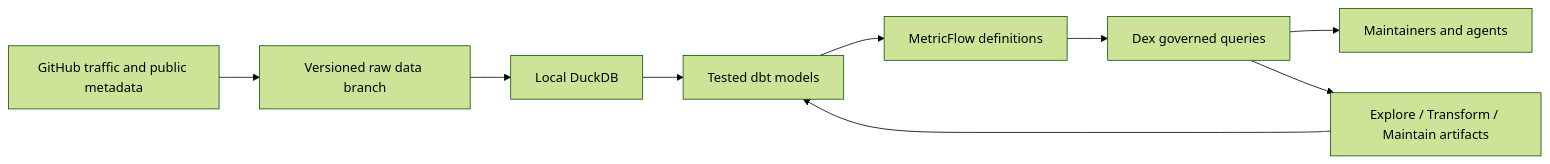
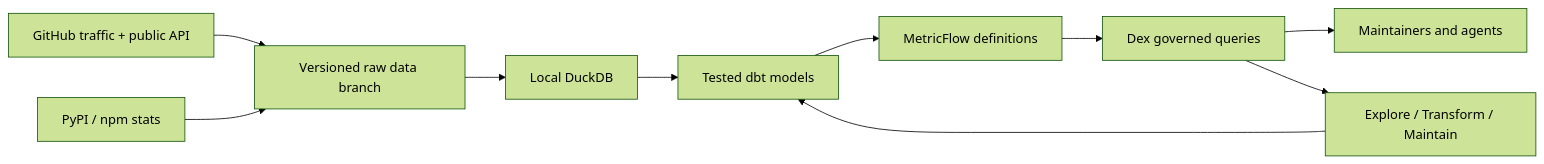
One commit to exmergo/github-repo-analytics changed the diagram in README.md. Above: the diagram before and after it, drawn with Mermaid (forest theme). The commit also changed other lines of this file and 9 other files, not shown here.

````diff
--- a/README.md
+++ b/README.md
@@ -55,11 +79,12 @@
 ```mermaid
 flowchart LR
-  GitHub[GitHub traffic and public metadata] --> Raw[Versioned raw data branch]
+  GitHub[GitHub traffic + public API] --> Raw[Versioned raw data branch]
+  Registries[PyPI / npm stats] --> Raw
   Raw --> DuckDB[Local DuckDB]
   DuckDB --> dbt[Tested dbt models]
   dbt --> MF[MetricFlow definitions]
   MF --> Dex[Dex governed queries]
   Dex --> Answers[Maintainers and agents]
-  Dex --> ETM[Explore / Transform / Maintain artifacts]
+  Dex --> ETM[Explore / Transform / Maintain]
   ETM --> dbt
 ```
````
